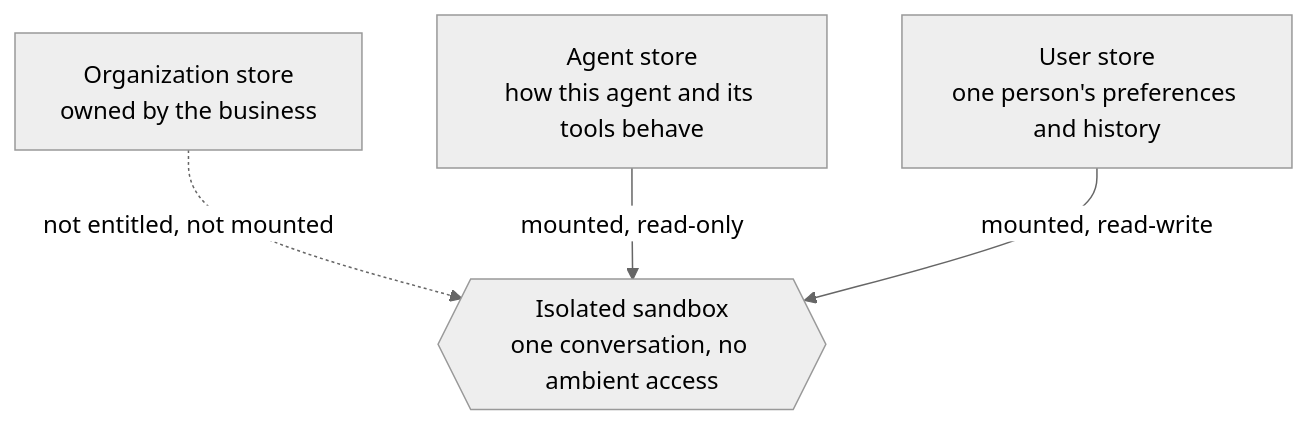
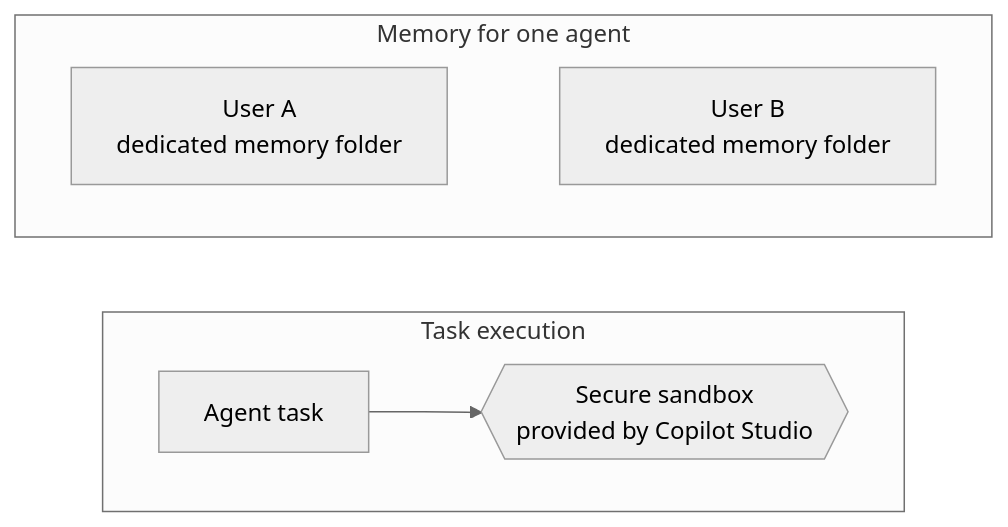
One commit to microsoft/mcscatblog changed the second of 3 diagrams in _posts/2026-08-01-agent-memory.md. Above: the diagram before and after it, drawn with Mermaid (neutral theme). The commit also changed other lines of this file, not shown here.

First line of the commit message:
Align Agent Memory post with public product documentation

````diff
--- a/_posts/2026-08-01-agent-memory.md
+++ b/_posts/2026-08-01-agent-memory.md
@@ -93,10 +99,14 @@
 ```mermaid
 flowchart TB
-    ORG["Organization store<br/>owned by the business"]
-    AGT["Agent store<br/>how this agent and its tools behave"]
-    USR["User store<br/>one person's preferences and history"]
-    SB{{"Isolated sandbox<br/>one conversation, no ambient access"}}
-    ORG -. "not entitled, not mounted" .-> SB
-    AGT -- "mounted, read-only" --> SB
-    USR -- "mounted, read-write" --> SB
+    subgraph MEMORY["Memory for one agent"]
+        U1["User A<br/>dedicated memory folder"]
+        U2["User B<br/>dedicated memory folder"]
+        U1 ~~~ U2
+    end
+
+    subgraph EXECUTION["Task execution"]
+        TASK["Agent task"] --> SB{{"Secure sandbox<br/>provided by Copilot Studio"}}
+    end
+
+    MEMORY ~~~ EXECUTION
 ```
````
